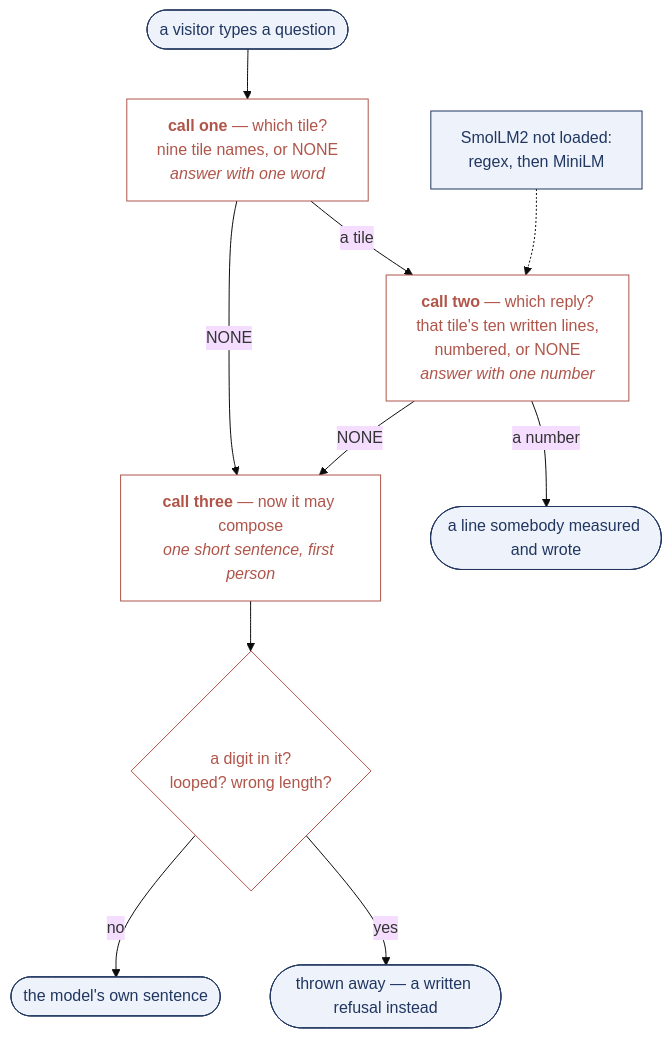
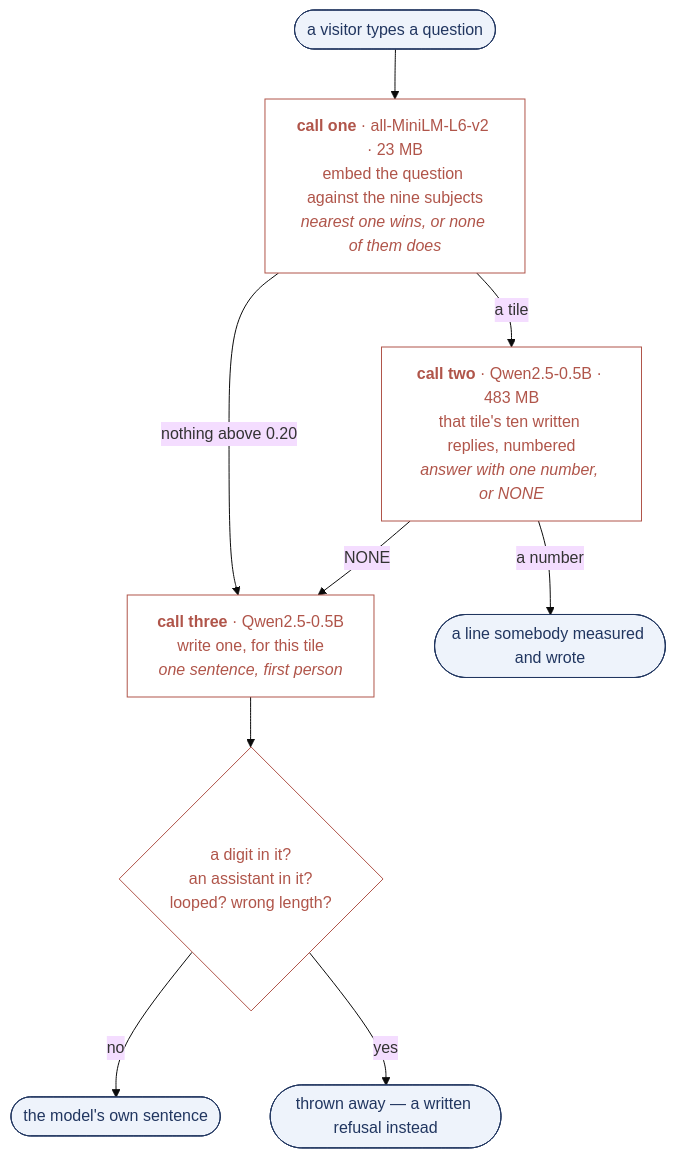
The diagram in README.md (moudrkat/underglaze), drawn with Mermaid (base theme) before and after one commit. The commit also changed other lines of this file and 3 other files, not shown here.

First line of the commit message:
a stale answer cannot land on a newer question, and the README has the flow

````diff
--- a/README.md
+++ b/README.md
@@ -146,27 +63,25 @@
 ```mermaid
 flowchart TD
-  Q(["a visitor types a question"]) --> P1
+  Q(["a visitor types a question"]) --> C1
 
-  P1["<b>call one</b> — which tile?<br/>nine tile names, or NONE<br/><i>answer with one word</i>"]
-  P2["<b>call two</b> — which reply?<br/>that tile's ten written lines,<br/>numbered, or NONE<br/><i>answer with one number</i>"]
-  P3["<b>call three</b> — now it may compose<br/><i>one short sentence, first person</i>"]
+  C1["<b>call one</b> · all-MiniLM-L6-v2 · 23 MB<br/>embed the question against the nine subjects<br/><i>nearest one wins, or none of them does</i>"]
+  C2["<b>call two</b> · Qwen2.5-0.5B · 483 MB<br/>that tile's ten written replies, numbered<br/><i>answer with one number, or NONE</i>"]
+  C3["<b>call three</b> · Qwen2.5-0.5B<br/>write one, for this tile<br/><i>one sentence, first person</i>"]
 
-  P1 -->|a tile| P2
-  P1 -->|NONE| P3
-  P2 -->|a number| OUT
-  P2 -->|NONE| P3
-  P3 --> F{"a digit in it?<br/>looped? wrong length?"}
+  C1 -->|a tile| C2
+  C1 -->|nothing above 0.20| C3
+  C2 -->|a number| OUT
+  C2 -->|NONE| C3
+  C3 --> F{"a digit in it?<br/>an assistant in it?<br/>looped? wrong length?"}
   F -->|no| OWN
   F -->|yes| MISS
-
-  SM["SmolLM2 not loaded:<br/>regex, then MiniLM"] -.-> P2
 
   OUT(["a line somebody measured and wrote"])
   OWN(["the model's own sentence"])
   MISS(["thrown away — a written refusal instead"])
 
   classDef page fill:#eef3fb,stroke:#213660,color:#213660
   classDef model fill:#fff,stroke:#b0554a,color:#b0554a
-  class P1,P2,P3,F model
-  class Q,OUT,OWN,MISS,SM page
+  class C1,C2,C3,F model
+  class Q,OUT,OWN,MISS page
 ```
````
